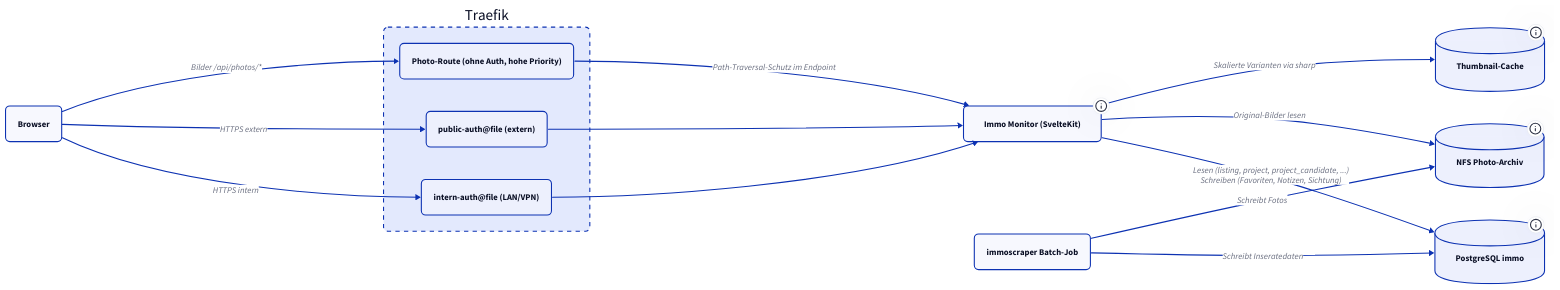
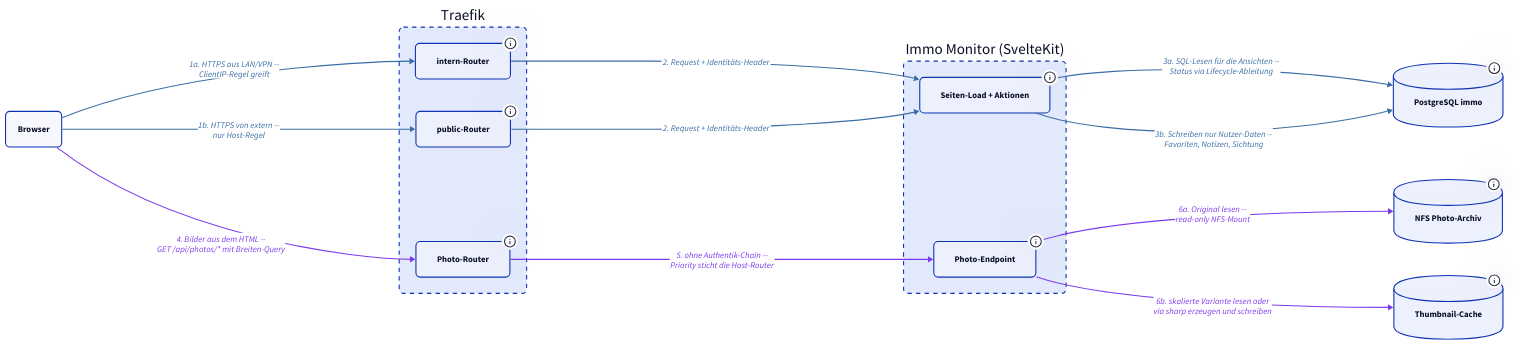
The first of 2 diagrams in docs/dienste/immo-monitor/index.md (derever-labs/homelab-wiki), drawn with D2 before and after one commit. The commit also changed other lines of this file, not shown here.

First line of the commit message:
docs(immo-monitor): Architektur als Szenario-Ebenen mit Statusfluss (#135)

````diff
--- a/docs/dienste/immo-monitor/index.md
+++ b/docs/dienste/immo-monitor/index.md
@@ -31,47 +39,66 @@
 ```d2
 classes: {
   node: { style: { border-radius: 8 } }
   container: { style: { border-radius: 8; stroke-dash: 4 } }
+  seite: { style: { stroke: "#3b6ea5"; font-color: "#3b6ea5" } }
+  bild: { style: { stroke: "#7c3aed"; font-color: "#7c3aed" } }
 }
 
 direction: right
 
-Browser: Browser { class: node }
+browser: Browser { class: node }
 
-Traefik: Traefik {
+traefik: Traefik {
   class: container
-  RI: "intern-auth@file (LAN/VPN)" { class: node }
-  RE: "public-auth@file (extern)" { class: node }
-  RP: "Photo-Route (ohne Auth, hohe Priority)" { class: node }
+
+  ri: intern-Router {
+    class: node
+    tooltip: "Host-Regel + ClientIP-Allowlist, Chain intern-auth -- Authentik + IP-Allowlist"
+  }
+  re: public-Router {
+    class: node
+    tooltip: "nur Host-Regel, Chain public-auth -- Authentik + CrowdSec"
+  }
+  rp: Photo-Router {
+    class: node
+    tooltip: "PathPrefix /api/photos/ mit hoher expliziter Priority -- bewusst ohne Authentik-Middleware"
+  }
 }
 
-App: "Immo Monitor (SvelteKit)" {
-  class: node
-  tooltip: "Drizzle ORM, Leaflet, shadcn-svelte, sharp"
+app: Immo Monitor (SvelteKit) {
+  class: container
+
+  load: Seiten-Load + Aktionen {
+    class: node
+    tooltip: "Load-Funktionen und Form-Actions -- jeder angezeigte Zustand läuft durch die Lifecycle-Ableitung"
+  }
+  photo: Photo-Endpoint {
+    class: node
+    tooltip: "Path-Traversal-Schutz im Endpoint, keine Datenbank-Abhängigkeit"
+  }
 }
-PG: "PostgreSQL immo" {
+
+pg: PostgreSQL immo {
   shape: cylinder
-  tooltip: "App liest alles, schreibt nur Nutzer-Tabellen"
+  tooltip: "App liest alle Tabellen, schreibt nur die Nutzer-Tabellen"
 }
-NFS: "NFS Photo-Archiv" {
+nfs: NFS Photo-Archiv {
   shape: cylinder
-  tooltip: "Read-only Mount, Original-Fotos"
+  tooltip: "Read-only Mount -- befüllt vom Scraper der Datenpipeline"
 }
-Cache: "Thumbnail-Cache" {
+cache: Thumbnail-Cache {
   shape: cylinder
-  tooltip: "Schreibbarer Pfad ausserhalb des Read-only-Mounts"
+  tooltip: "beschreibbarer Pfad ausserhalb des Read-only-Mounts, flüchtig"
 }
-Scraper: "immoscraper Batch-Job" { class: node }
 
-Browser -> Traefik.RI: HTTPS intern
-Browser -> Traefik.RE: HTTPS extern
-Browser -> Traefik.RP: "Bilder /api/photos/*"
-Traefik.RI -> App
-Traefik.RE -> App
-Traefik.RP -> App: "Path-Traversal-Schutz im Endpoint"
-App -> PG: "Lesen (listing, project, project_candidate, ...)\nSchreiben (Favoriten, Notizen, Sichtung)"
-App -> NFS: "Original-Bilder lesen"
-App -> Cache: "Skalierte Varianten via sharp"
-Scraper -> PG: Schreibt Inseratedaten
-Scraper -> NFS: Schreibt Fotos
+browser -> traefik.ri: "1a. HTTPS aus LAN/VPN --\nClientIP-Regel greift" { class: seite }
+browser -> traefik.re: "1b. HTTPS von extern --\nnur Host-Regel" { class: seite }
+traefik.ri -> app.load: "2. Request + Identitäts-Header" { class: seite }
+traefik.re -> app.load: "2. Request + Identitäts-Header" { class: seite }
+app.load -> pg: "3a. SQL-Lesen für die Ansichten --\nStatus via Lifecycle-Ableitung" { class: seite }
+app.load -> pg: "3b. Schreiben nur Nutzer-Daten --\nFavoriten, Notizen, Sichtung" { class: seite }
+browser -> traefik.rp: "4. Bilder aus dem HTML --\nGET /api/photos/* mit Breiten-Query" { class: bild }
+traefik.rp -> app.photo: "5. ohne Authentik-Chain --\nPriority sticht die Host-Router" { class: bild }
+app.photo -> nfs: "6a. Original lesen --\nread-only NFS-Mount" { class: bild }
+app.photo -> cache: "6b. skalierte Variante lesen oder\nvia sharp erzeugen und schreiben" { class: bild }
 ```
````
